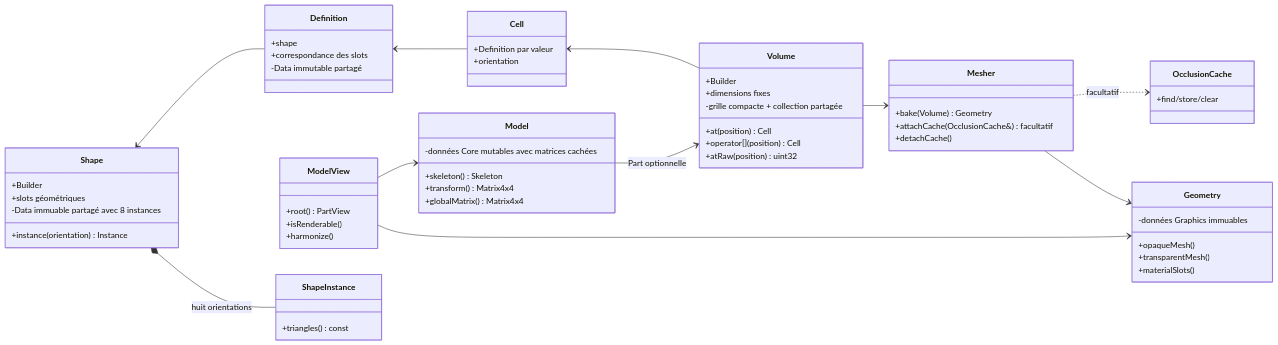
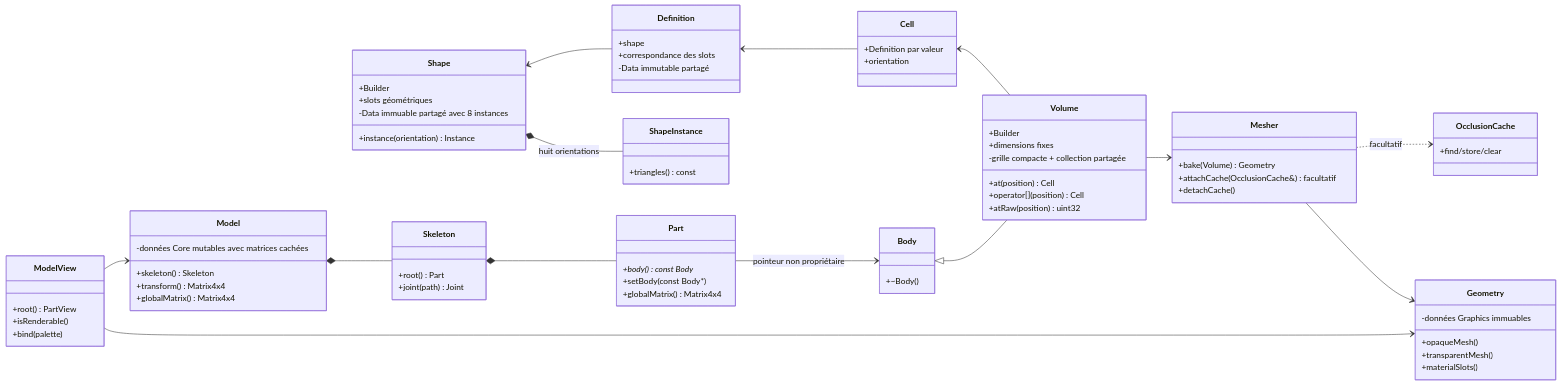
The diagram in docs/voxel-engine-v0.1.4/02-modele-voxel.md (EreliaStudio/Sparkle), drawn with Mermaid before and after one commit. The commit also changed 3 other files, not shown here.

Commit message:
Update PR-08 design and tests for generic non-owning Bodies and model-wide palettes

````diff
--- a/docs/voxel-engine-v0.1.4/02-modele-voxel.md
+++ b/docs/voxel-engine-v0.1.4/02-modele-voxel.md
@@ -7,65 +7,80 @@
 ```mermaid
 classDiagram
   direction LR
   class Shape {
     +Builder
     +slots géométriques
     +instance(orientation) Instance
     -Data immuable partagé avec 8 instances
   }
   class Definition {
     +shape
     +correspondance des slots
     -Data immutable partagé
   }
   class Cell {
     +Definition par valeur
     +orientation
   }
   class Volume {
     +Builder
     +dimensions fixes
     +at(position) Cell
     +operator[](position) Cell
     +atRaw(position) uint32
     -grille compacte + collection partagée
   }
+  class Body {
+    +~Body()
+  }
+  class Skeleton {
+    +root() Part
+    +joint(path) Joint
+  }
+  class Part {
+    +body() const Body*
+    +setBody(const Body*)
+    +globalMatrix() Matrix4x4
+  }
   class Model {
     +skeleton() Skeleton
     +transform() Matrix4x4
     +globalMatrix() Matrix4x4
     -données Core mutables avec matrices cachées
   }
   class Geometry {
     +opaqueMesh()
     +transparentMesh()
     +materialSlots()
     -données Graphics immuables
   }
   class ModelView {
     +root() PartView
     +isRenderable()
-    +harmonize()
+    +bind(palette)
   }
   class ShapeInstance {
     +triangles() const
   }
   class OcclusionCache {
     +find/store/clear
   }
   class Mesher {
     +bake(Volume) Geometry
     +attachCache(OcclusionCache&) facultatif
     +detachCache()
   }
   Shape <-- Definition
   Definition <-- Cell
   Cell <-- Volume
   Shape *-- ShapeInstance : huit orientations
   Mesher ..> OcclusionCache : facultatif
   Volume --> Mesher
   Mesher --> Geometry
-  Model --> Volume : Part optionnelle
+  Body <|-- Volume
+  Model *-- Skeleton
+  Skeleton *-- Part
+  Part --> Body : pointeur non propriétaire
   ModelView --> Model
   ModelView --> Geometry
 ```
````
